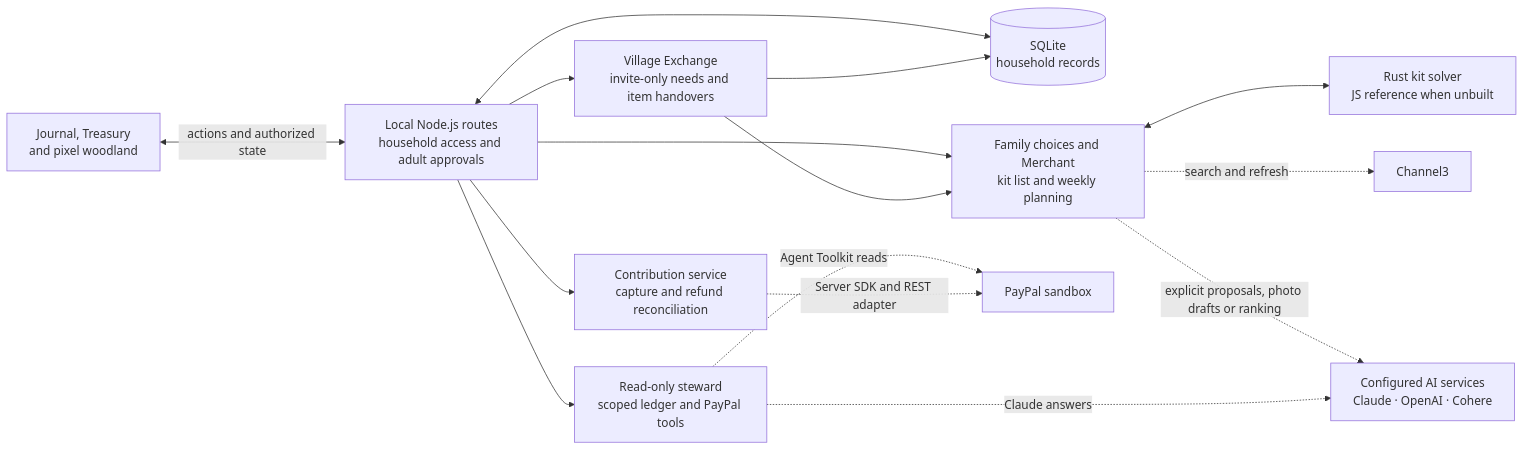
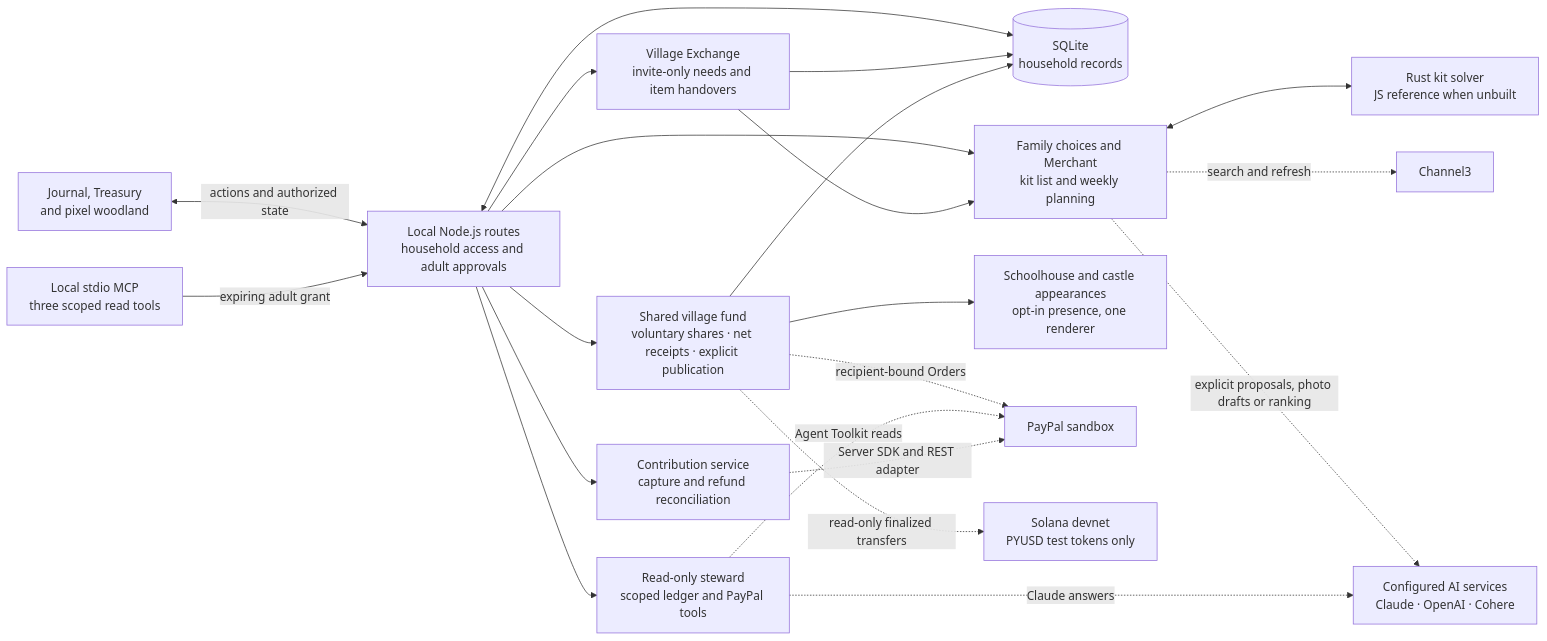
The first of 8 diagrams in docs/ARCHITECTURE.md (alejandro-publius/our-castle), drawn with Mermaid before and after one commit. The commit also changed other lines of this file and 27 other files, not shown here.

Commit message:
Connect shared village funds, scoped assistance and the class-trip demo

````diff
--- a/docs/ARCHITECTURE.md
+++ b/docs/ARCHITECTURE.md
@@ -5,19 +5,25 @@
 ```mermaid
 flowchart LR
     accTitle: Our Castle components and provider boundaries
     accDescr: The journal, Treasury and pixel world use a local Node server. Its family planning, contribution and steward services share household records. Configured provider calls stay behind the server.
     Journal["Journal, Treasury<br/>and pixel woodland"] <-->|"actions and authorized state"| Routes["Local Node.js routes<br/>household access and adult approvals"]
     Routes <--> Records[("SQLite<br/>household records")]
     Routes --> Planning["Family choices and Merchant<br/>kit list and weekly planning"]
     Routes --> Payments["Contribution service<br/>capture and refund reconciliation"]
     Routes --> Exchange["Village Exchange<br/>invite-only needs and item handovers"]
     Exchange --> Planning
     Exchange --> Records
+    Routes --> Village["Shared village fund<br/>voluntary shares · net receipts · explicit publication"]
+    Village --> Records
+    Village --> Square["Schoolhouse and castle appearances<br/>opt-in presence, one renderer"]
+    Village -. "recipient-bound Orders" .-> PayPal
+    Village -. "read-only finalized transfers" .-> Devnet["Solana devnet<br/>PYUSD test tokens only"]
+    MCP["Local stdio MCP<br/>three scoped read tools"] -->|"expiring adult grant"| Routes
     Routes --> Steward["Read-only steward<br/>scoped ledger and PayPal tools"]
     Planning <--> Solver["Rust kit solver<br/>JS reference when unbuilt"]
     Planning -. "search and refresh" .-> Catalogue["Channel3"]
     Planning -. "explicit proposals, photo drafts or ranking" .-> AI["Configured AI services<br/>Claude · OpenAI · Cohere"]
     Steward -. "Claude answers" .-> AI
     Steward -. "Agent Toolkit reads" .-> PayPal["PayPal sandbox"]
     Payments -. "Server SDK and REST adapter" .-> PayPal
 ```
````
